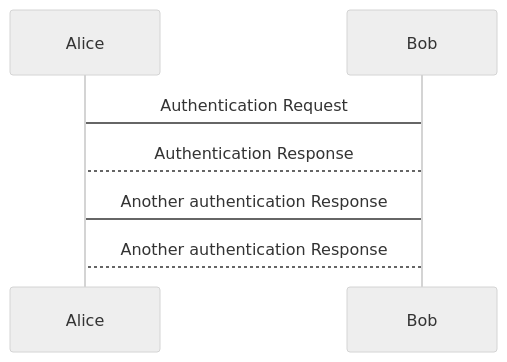
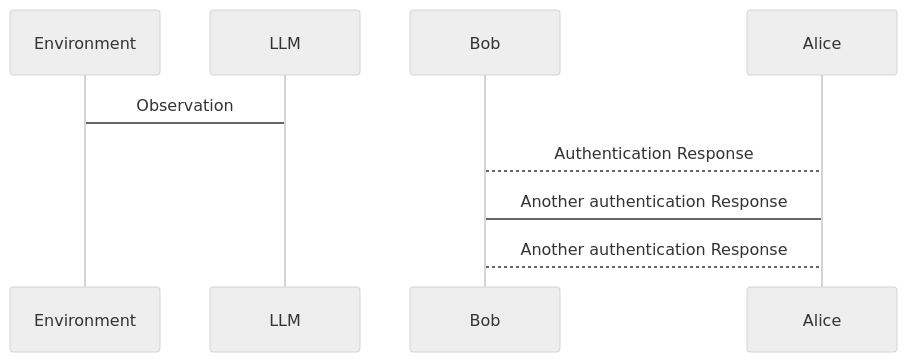
One commit to akvachan/SR-LLM changed the diagram in README.md. Above: the diagram before and after it, drawn with Mermaid (neutral theme).

````diff
--- a/README.md
+++ b/README.md
@@ -4,7 +4,7 @@
 ```mermaid
 sequenceDiagram
-Alice -> Bob: Authentication Request
+Environment -> LLM: Observation
 Bob --> Alice: Authentication Response
 Alice -> Bob:Another authentication Response
 Bob --> Alice: Another authentication Response
 ```
````
